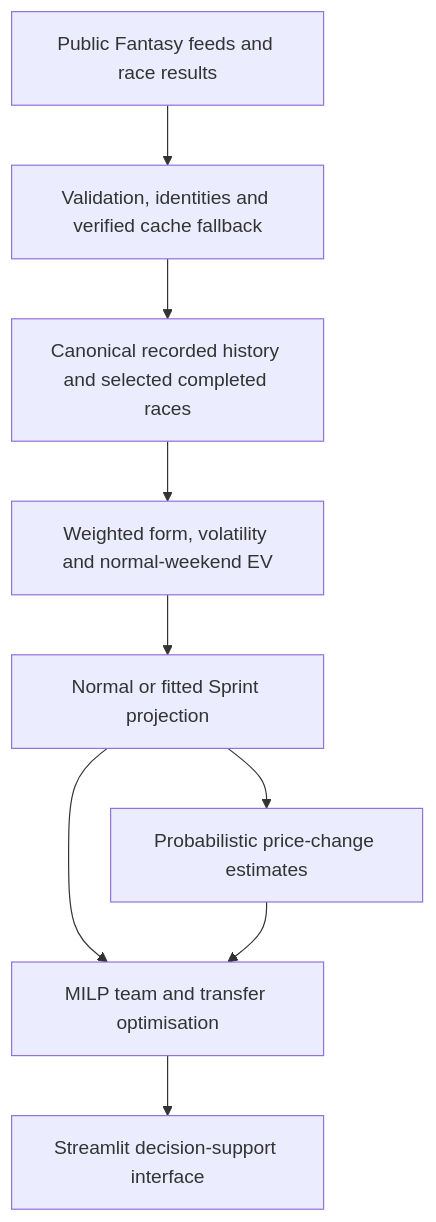
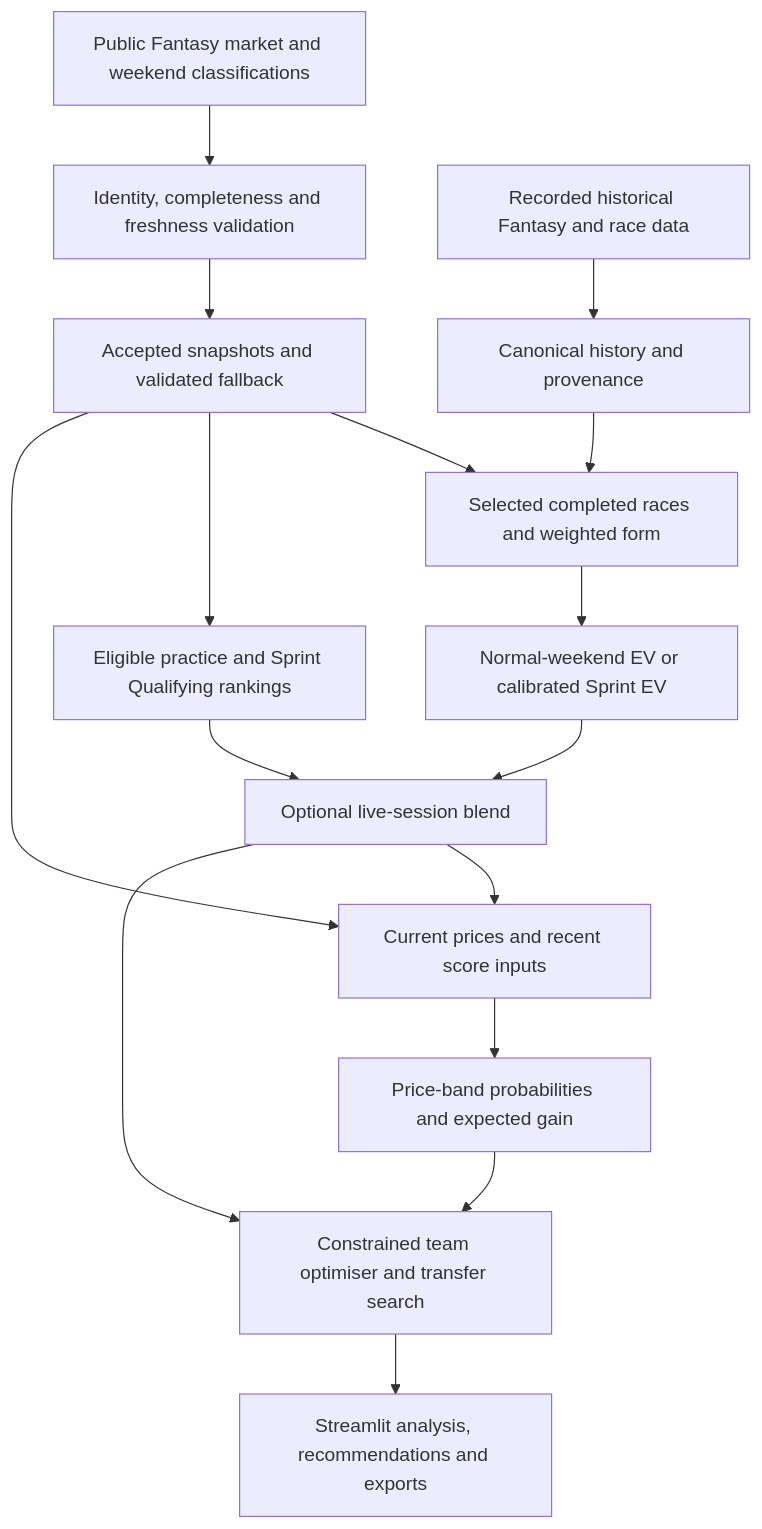
Before and after one commit to dnpjr/f1_fantasy_optimizer: the diagram in README.md, drawn with Mermaid. The commit also changed other lines of this file, not shown here.

Commit message:
Update README for current modelling and live-weekend features

````diff
--- a/README.md
+++ b/README.md
@@ -28,11 +50,18 @@
 ```mermaid
 flowchart TD
-    A[Public Fantasy feeds and race results] --> B[Validation, identities and verified cache fallback]
-    B --> C[Canonical recorded history and selected completed races]
-    C --> D[Weighted form, volatility and normal-weekend EV]
-    D --> E[Normal or fitted Sprint projection]
-    E --> F[Probabilistic price-change estimates]
-    E --> G[MILP team and transfer optimisation]
-    F --> G
-    G --> H[Streamlit decision-support interface]
+    A[Public Fantasy market and weekend classifications] --> V[Identity, completeness and freshness validation]
+    B[Recorded historical Fantasy and race data] --> C[Canonical history and provenance]
+    V --> K[Accepted snapshots and validated fallback]
+    K --> H[Selected completed races and weighted form]
+    C --> H
+    H --> E[Normal-weekend EV or calibrated Sprint EV]
+    K --> L[Eligible practice and Sprint Qualifying rankings]
+    L --> W[Optional live-session blend]
+    E --> W
+    K --> P[Current prices and recent score inputs]
+    W --> P
+    P --> Q[Price-band probabilities and expected gain]
+    W --> O[Constrained team optimiser and transfer search]
+    Q --> O
+    O --> U[Streamlit analysis, recommendations and exports]
 ```
````
